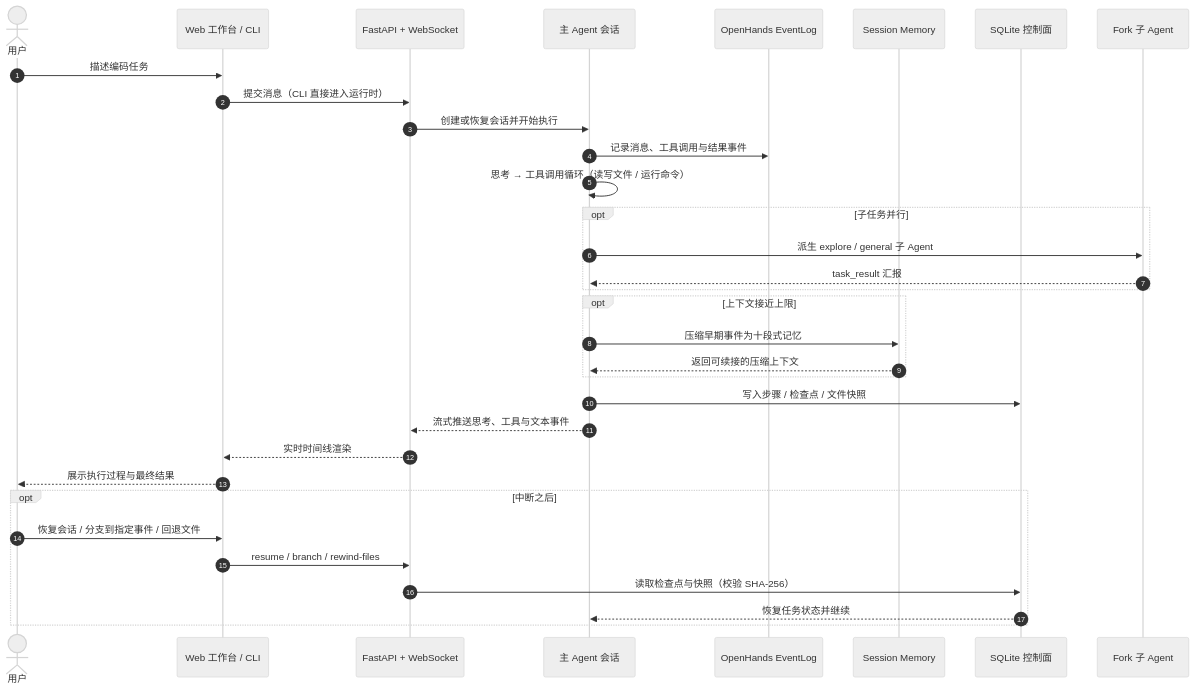
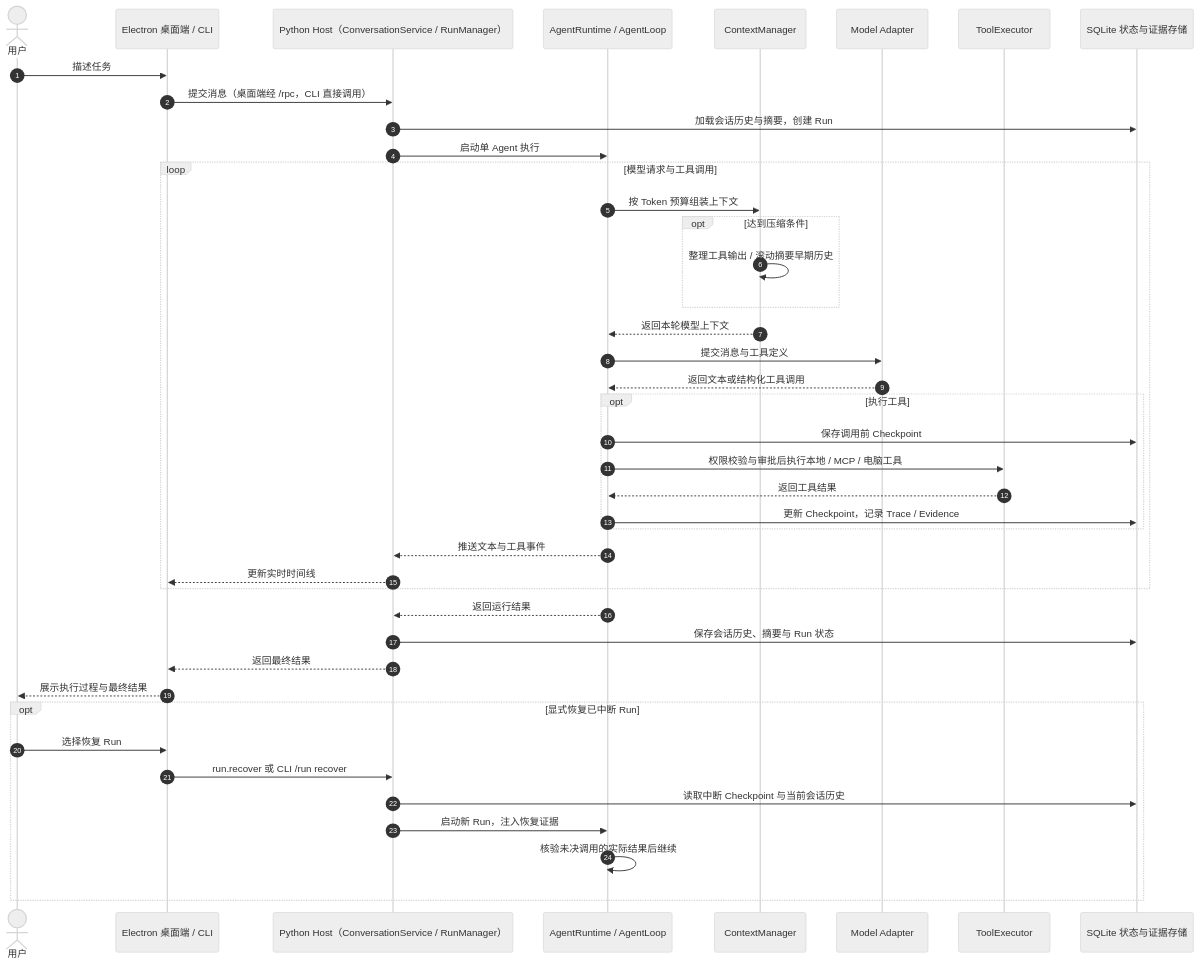
Before and after one commit to Tassel9/TaskMind: the diagram in README.md, drawn with Mermaid (neutral theme). The commit also changed other lines of this file, not shown here.

Commit message:
文档：修正 README 中的单 Agent 运行时描述

````diff
--- a/README.md
+++ b/README.md
@@ -80,40 +82,48 @@
 ```mermaid
 sequenceDiagram
     autonumber
     actor User as 用户
-    participant Web as Web 工作台 / CLI
-    participant API as FastAPI + WebSocket
-    participant Agent as 主 Agent 会话
-    participant Log as OpenHands EventLog
-    participant Memory as Session Memory
-    participant Store as SQLite 控制面
-    participant Sub as Fork 子 Agent
+    participant UI as Electron 桌面端 / CLI
+    participant Host as Python Host（ConversationService / RunManager）
+    participant Agent as AgentRuntime / AgentLoop
+    participant Context as ContextManager
+    participant Model as Model Adapter
+    participant Tools as ToolExecutor
+    participant Store as SQLite 状态与证据存储
 
-    User->>Web: 描述编码任务
-    Web->>API: 提交消息（CLI 直接进入运行时）
-    API->>Agent: 创建或恢复会话并开始执行
-    Agent->>Log: 记录消息、工具调用与结果事件
-    Agent->>Agent: 思考 → 工具调用循环（读写文件 / 运行命令）
+    User->>UI: 描述任务
+    UI->>Host: 提交消息（桌面端经 /rpc，CLI 直接调用）
+    Host->>Store: 加载会话历史与摘要，创建 Run
+    Host->>Agent: 启动单 Agent 执行
 
-    opt 子任务并行
-        Agent->>Sub: 派生 explore / general 子 Agent
-        Sub-->>Agent: task_result 汇报
+    loop 模型请求与工具调用
+        Agent->>Context: 按 Token 预算组装上下文
+        opt 达到压缩条件
+            Context->>Context: 整理工具输出 / 滚动摘要早期历史
+        end
+        Context-->>Agent: 返回本轮模型上下文
+        Agent->>Model: 提交消息与工具定义
+        Model-->>Agent: 返回文本或结构化工具调用
+        opt 执行工具
+            Agent->>Store: 保存调用前 Checkpoint
+            Agent->>Tools: 权限校验与审批后执行本地 / MCP / 电脑工具
+            Tools-->>Agent: 返回工具结果
+            Agent->>Store: 更新 Checkpoint，记录 Trace / Evidence
+        end
+        Agent-->>Host: 推送文本与工具事件
+        Host-->>UI: 更新实时时间线
     end
 
-    opt 上下文接近上限
-        Agent->>Memory: 压缩早期事件为十段式记忆
-        Memory-->>Agent: 返回可续接的压缩上下文
-    end
+    Agent-->>Host: 返回运行结果
+    Host->>Store: 保存会话历史、摘要与 Run 状态
+    Host-->>UI: 返回最终结果
+    UI-->>User: 展示执行过程与最终结果
 
-    Agent->>Store: 写入步骤 / 检查点 / 文件快照
-    Agent-->>API: 流式推送思考、工具与文本事件
-    API-->>Web: 实时时间线渲染
-    Web-->>User: 展示执行过程与最终结果
-
-    opt 中断之后
-        User->>Web: 恢复会话 / 分支到指定事件 / 回退文件
-        Web->>API: resume / branch / rewind-files
-        API->>Store: 读取检查点与快照（校验 SHA-256）
-        Store-->>Agent: 恢复任务状态并继续
+    opt 显式恢复已中断 Run
+        User->>UI: 选择恢复 Run
+        UI->>Host: run.recover 或 CLI /run recover
+        Host->>Store: 读取中断 Checkpoint 与当前会话历史
+        Host->>Agent: 启动新 Run，注入恢复证据
+        Agent->>Agent: 核验未决调用的实际结果后继续
     end
 ```
````
